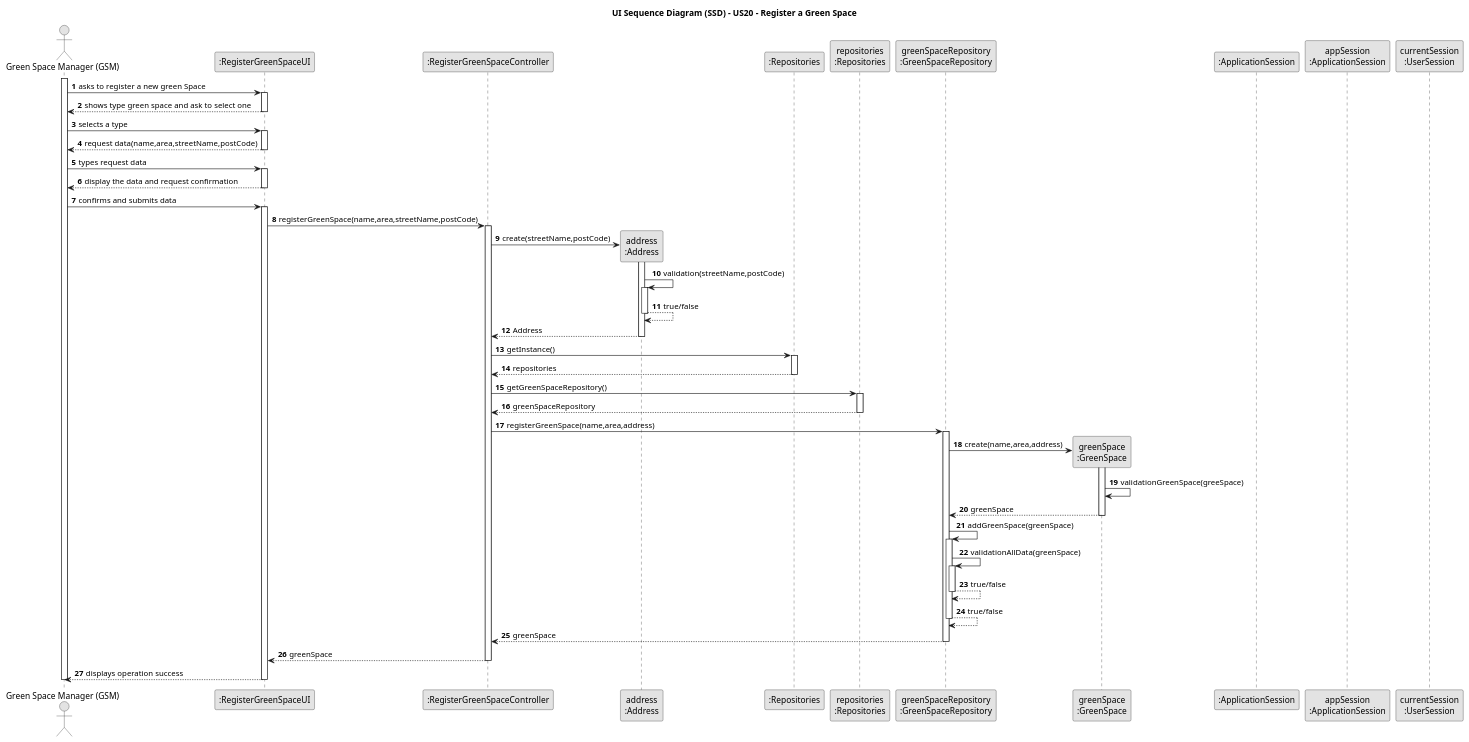
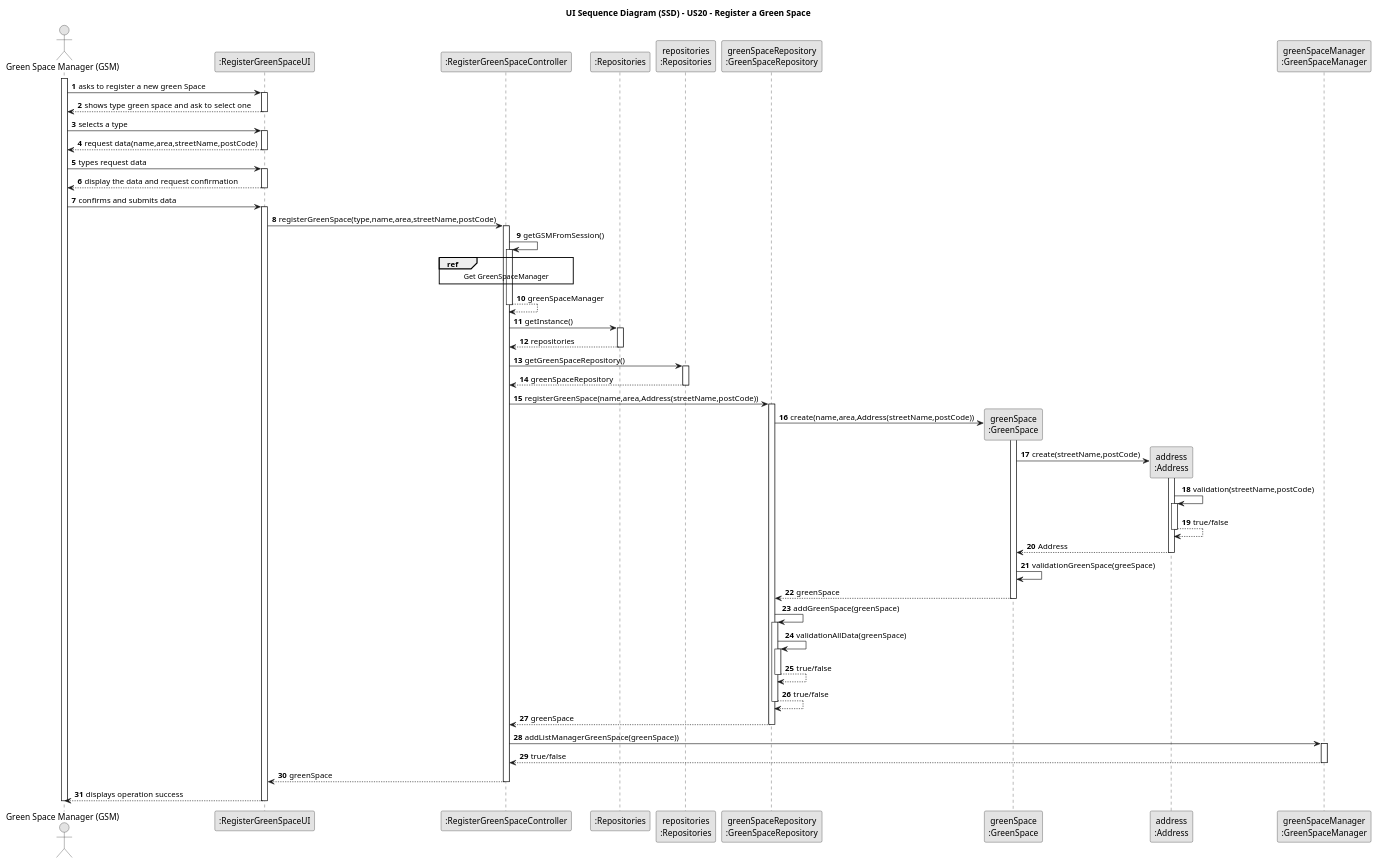
The diagram in docs/sprint3/us20/03.design/puml/us20-sequence-diagram.puml (Departamento-de-Engenharia-Informatica/lei-24-s2-1db-g022), drawn with PlantUML before and after one commit. The commit also changed 10 other files, not shown here.

```diff
--- a/docs/sprint3/us20/03.design/puml/us20-sequence-diagram.puml
+++ b/docs/sprint3/us20/03.design/puml/us20-sequence-diagram.puml
@@ -1,117 +1,135 @@
 @startuml
 skinparam monochrome true
 skinparam packageStyle rectangle
 skinparam shadowing false
 
 title UI Sequence Diagram (SSD) - US20 - Register a Green Space
 
 autonumber
 
 'hide footbox
 actor "Green Space Manager (GSM)" as GSM
 participant ":RegisterGreenSpaceUI" as UI
 participant ":RegisterGreenSpaceController" as CTRL
-participant "address\n:Address" as ADDRESS
 participant ":Repositories" as RepositorySingleton
 participant "repositories\n:Repositories" as PLAT
 participant "greenSpaceRepository\n:GreenSpaceRepository" as GSR
 participant "greenSpace\n:GreenSpace" as GREENSPACE
-participant ":ApplicationSession" as _APP
-participant "appSession\n:ApplicationSession" as APP
-participant "currentSession\n:UserSession" as SESSAO
+participant "address\n:Address" as ADDRESS
+participant "greenSpaceManager\n:GreenSpaceManager" as GSMO
 
 activate GSM
 
 GSM -> UI : asks to register a new green Space
 
 activate UI
 
 UI --> GSM : shows type green space and ask to select one
 deactivate UI
 
 GSM->UI: selects a type
 
 activate UI
 
 UI --> GSM : request data(name,area,streetName,postCode)
 
 deactivate UI
 
 GSM -> UI : types request data
 
 activate UI
 
 UI --> GSM : display the data and request confirmation
 
 deactivate UI
 
 GSM -> UI : confirms and submits data
 
 activate UI
 
-UI -> CTRL: registerGreenSpace(name,area,streetName,postCode)
+UI -> CTRL: registerGreenSpace(type,name,area,streetName,postCode)
+
 activate CTRL
 
-CTRL -> ADDRESS**  : create(streetName,postCode)
+CTRL -> CTRL : getGSMFromSession()
 
-activate ADDRESS
-ADDRESS -> ADDRESS : validation(streetName,postCode)
+activate CTRL
 
-activate ADDRESS
-ADDRESS --> ADDRESS : true/false
+ref over CTRL
+    Get GreenSpaceManager
+end
 
-deactivate ADDRESS
-ADDRESS --> CTRL : Address
-deactivate ADDRESS
+CTRL --> CTRL : greenSpaceManager
+deactivate CTRL
+
 
 CTRL -> RepositorySingleton : getInstance()
 
 activate RepositorySingleton
 
 RepositorySingleton --> CTRL : repositories
 deactivate RepositorySingleton
 
 CTRL -> PLAT : getGreenSpaceRepository()
 activate PLAT
 
 PLAT --> CTRL: greenSpaceRepository
 
 deactivate PLAT
 
-CTRL -> GSR : registerGreenSpace(name,area,address)
+CTRL -> GSR : registerGreenSpace(name,area,Address(streetName,postCode))
 activate GSR
 
-GSR -> GREENSPACE** : create(name,area,address)
+GSR -> GREENSPACE** : create(name,area,Address(streetName,postCode))
 activate GREENSPACE
+
+GREENSPACE -> ADDRESS**  : create(streetName,postCode)
+
+activate ADDRESS
+ADDRESS -> ADDRESS : validation(streetName,postCode)
+
+activate ADDRESS
+ADDRESS --> ADDRESS : true/false
+
+deactivate ADDRESS
+
+ADDRESS --> GREENSPACE : Address
+deactivate ADDRESS
 
 GREENSPACE -> GREENSPACE : validationGreenSpace(greeSpace)
 
 GREENSPACE -->  GSR : greenSpace
 
 deactivate GREENSPACE
+
 GSR-> GSR : addGreenSpace(greenSpace)
 
 activate GSR
 
 GSR -> GSR :  validationAllData(greenSpace)
 activate GSR
 
 GSR --> GSR : true/false
 deactivate GSR
 
 GSR --> GSR : true/false
 deactivate GSR
 
 GSR --> CTRL : greenSpace
-
-
 deactivate GSR
 
+CTRL -> GSMO : addListManagerGreenSpace(greenSpace))
+
+activate GSMO
+
+GSMO --> CTRL : true/false
+
+deactivate GSMO
 
 CTRL --> UI : greenSpace
 deactivate CTRL
 
 UI --> GSM : displays operation success
 deactivate UI
 deactivate GSM
 @enduml
```
